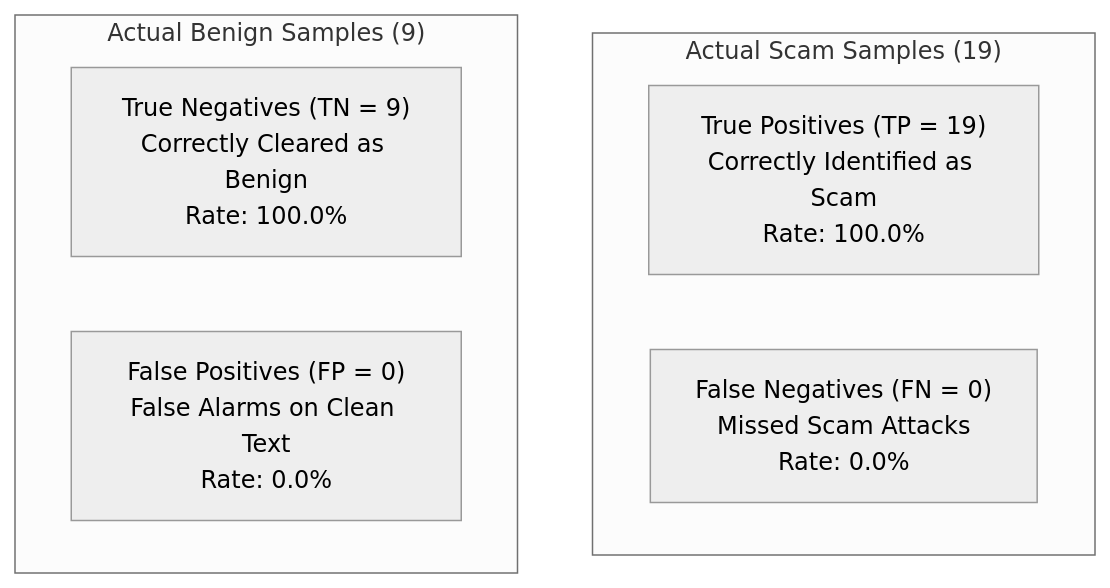
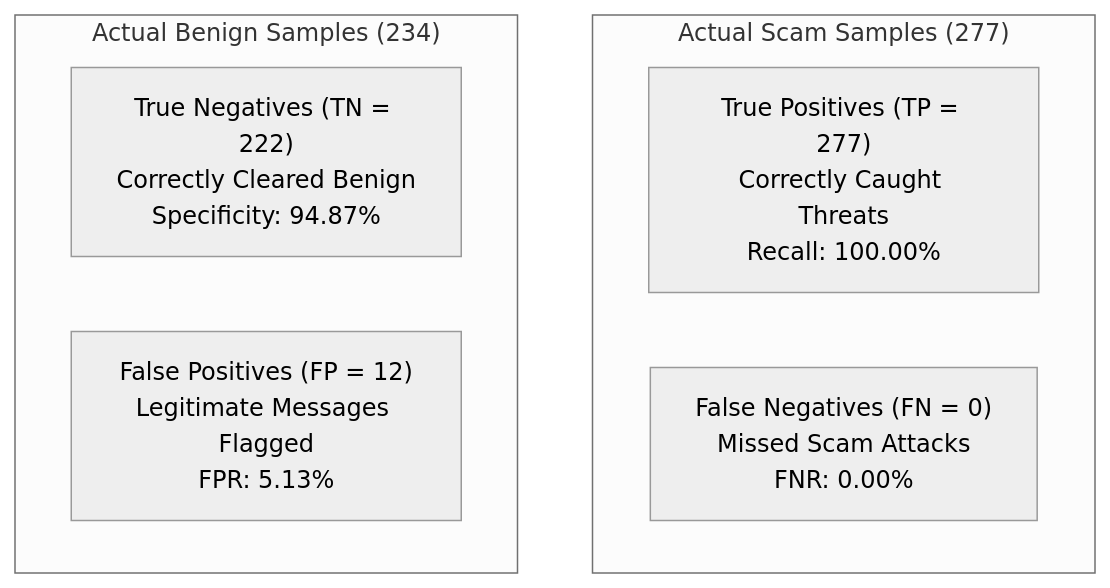
The diagram in docs/neural-network/EVALUATION.md (hamsinikommunuri/bobsec-platform), drawn with Mermaid (neutral theme) before and after one commit. The commit also changed other lines of this file and 60 other files, not shown here.

````diff
--- a/docs/neural-network/EVALUATION.md
+++ b/docs/neural-network/EVALUATION.md
@@ -30,12 +31,12 @@
 ```mermaid
 graph TD
-    subgraph ActualScam["Actual Scam Samples (19)"]
-        TP["True Positives (TP = 19)<br/>Correctly Identified as Scam<br/>Rate: 100.0%"]
-        FN["False Negatives (FN = 0)<br/>Missed Scam Attacks<br/>Rate: 0.0%"]
+    subgraph ActualScam["Actual Scam Samples (277)"]
+        TP["True Positives (TP = 277)<br/>Correctly Caught Threats<br/>Recall: 100.00%"]
+        FN["False Negatives (FN = 0)<br/>Missed Scam Attacks<br/>FNR: 0.00%"]
     end
 
-    subgraph ActualBenign["Actual Benign Samples (9)"]
-        TN["True Negatives (TN = 9)<br/>Correctly Cleared as Benign<br/>Rate: 100.0%"]
-        FP["False Positives (FP = 0)<br/>False Alarms on Clean Text<br/>Rate: 0.0%"]
+    subgraph ActualBenign["Actual Benign Samples (234)"]
+        TN["True Negatives (TN = 222)<br/>Correctly Cleared Benign<br/>Specificity: 94.87%"]
+        FP["False Positives (FP = 12)<br/>Legitimate Messages Flagged<br/>FPR: 5.13%"]
     end
 ```
````
